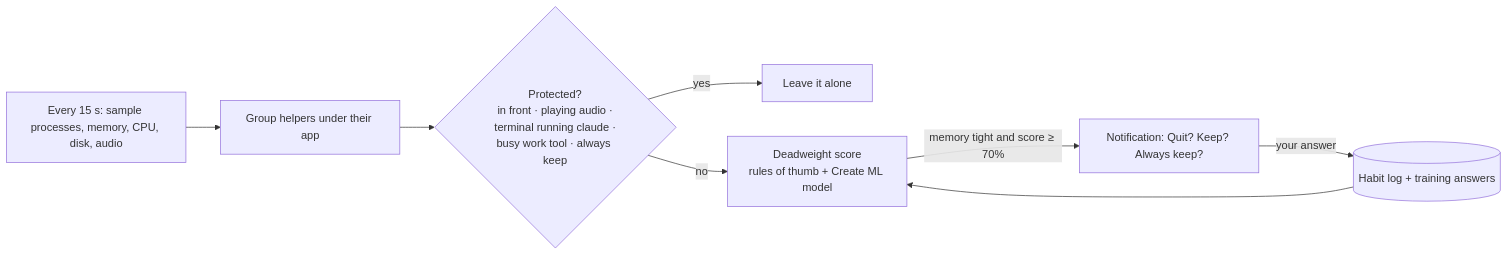
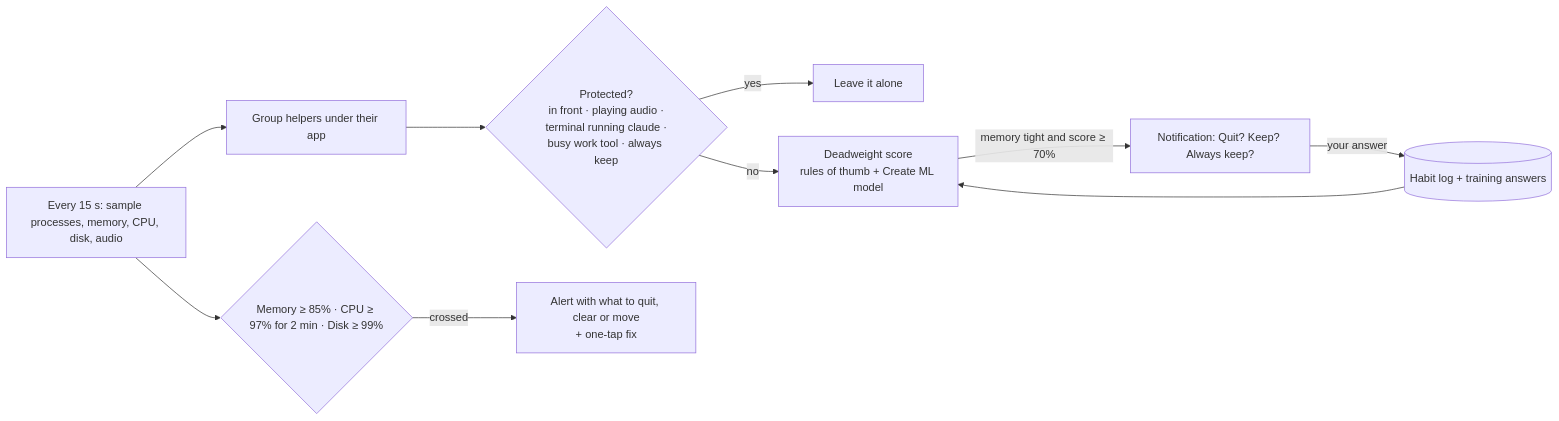
One commit to amalmehta/RamClean changed the diagram in README.md. Above: the diagram before and after it, drawn with Mermaid. The commit also changed 16 other files, not shown here.

````diff
--- a/README.md
+++ b/README.md
@@ -7,10 +7,12 @@
 ```mermaid
 flowchart LR
     A[Every 15 s: sample processes, memory, CPU, disk, audio] --> B[Group helpers under their app]
     B --> C{Protected?<br/>in front · playing audio ·<br/>terminal running claude ·<br/>busy work tool · always keep}
     C -- yes --> K[Leave it alone]
     C -- no --> D[Deadweight score<br/>rules of thumb + Create ML model]
     D -- memory tight and score ≥ 70% --> N[Notification: Quit? Keep? Always keep?]
     N -- your answer --> L[(Habit log + training answers)]
+    A --> T{Memory ≥ 85% · CPU ≥ 97% for 2 min · Disk ≥ 99%}
+    T -- crossed --> R[Alert with what to quit, clear or move<br/>+ one-tap fix]
     L --> D
 ```
````
